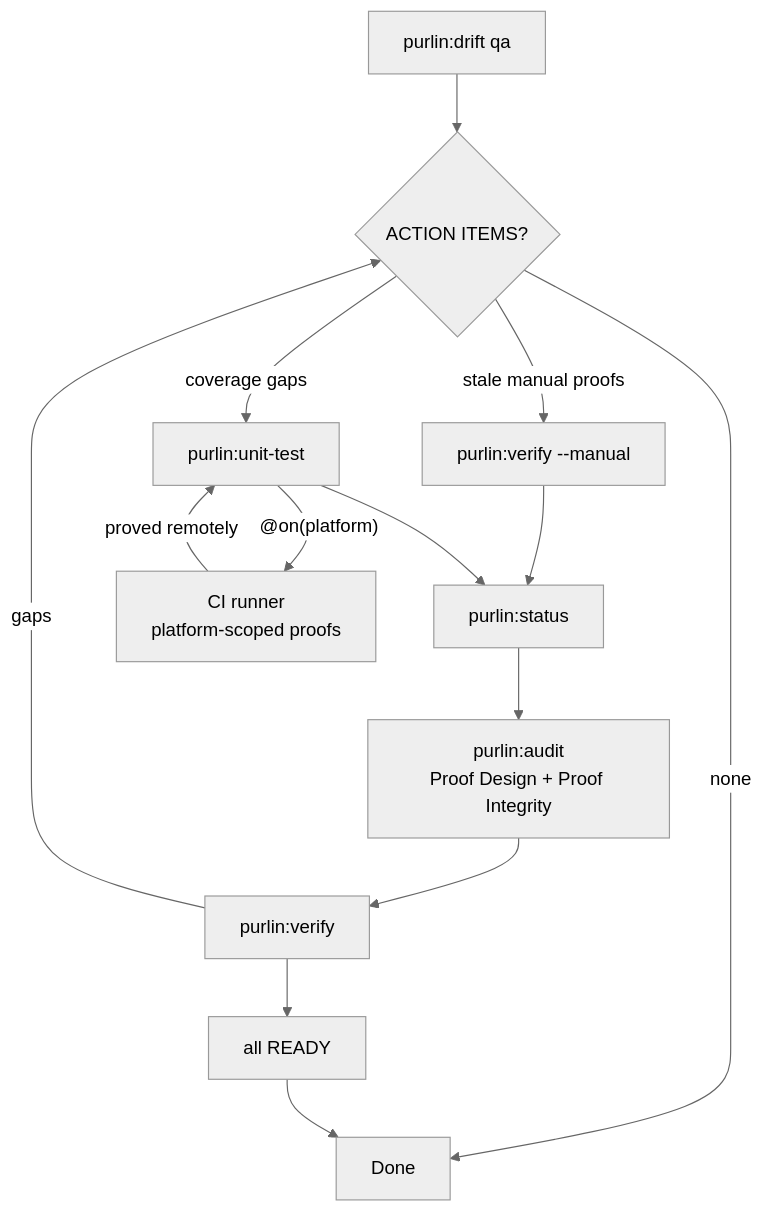
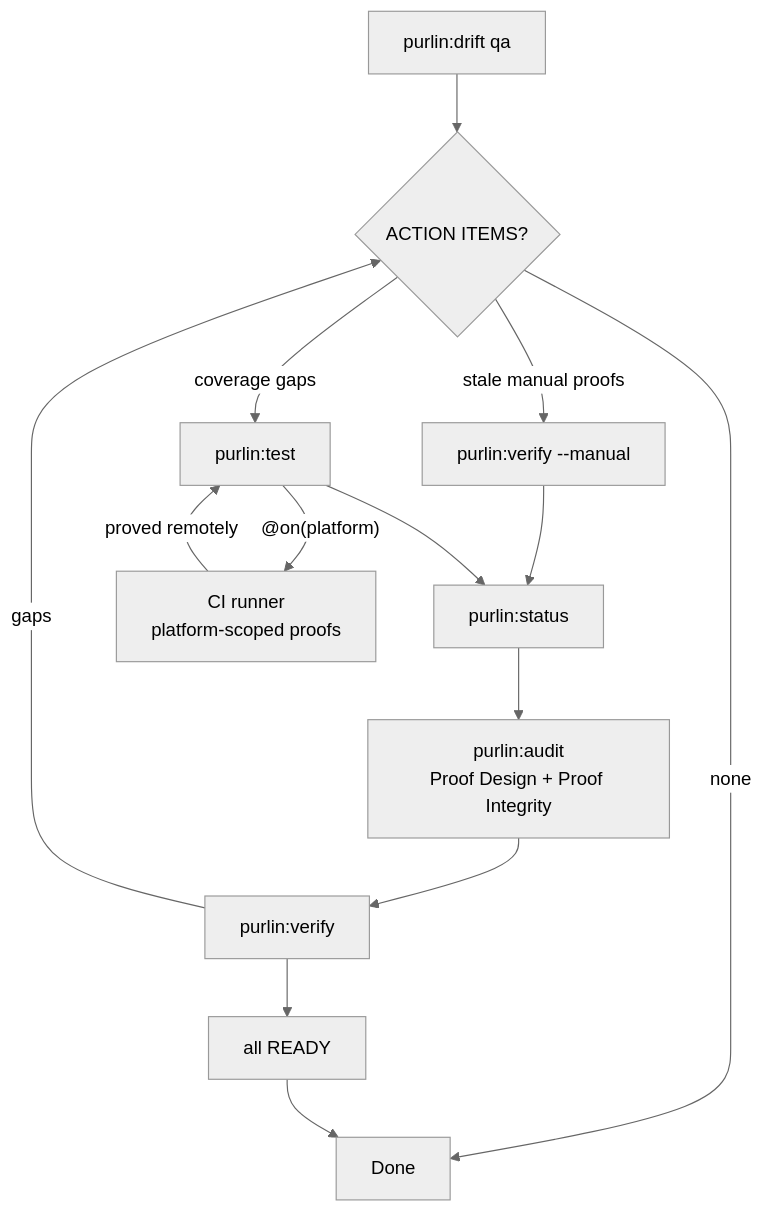
One commit to rlabarca/purlin changed the diagram in assets/src/lifecycle-qa-workflow.mmd. Above: the diagram before and after it, drawn with Mermaid (neutral theme). The commit also changed 8 other files, not shown here.

First line of the commit message:
docs(assets): purlin:test in the lifecycle diagrams; screenshots refreshed

```diff
--- a/assets/src/lifecycle-qa-workflow.mmd
+++ b/assets/src/lifecycle-qa-workflow.mmd
@@ -1,14 +1,14 @@
 graph TD
     start["purlin:drift qa"] --> items{"ACTION ITEMS?"}
     items -- stale manual proofs --> manual["purlin:verify --manual"]
-    items -- coverage gaps --> test["purlin:unit-test"]
+    items -- coverage gaps --> test["purlin:test"]
     items -- none --> done["Done"]
     manual --> status["purlin:status"]
     test -->|"@on(platform)"| runner["CI runner<br/>platform-scoped proofs"]
     runner -->|"proved remotely"| test
     test --> status
     status --> audit["purlin:audit<br/>Proof Design + Proof Integrity"]
     audit --> verify["purlin:verify"]
     verify -- gaps --> items
     verify --> ready["all READY"]
     ready --> done
```
